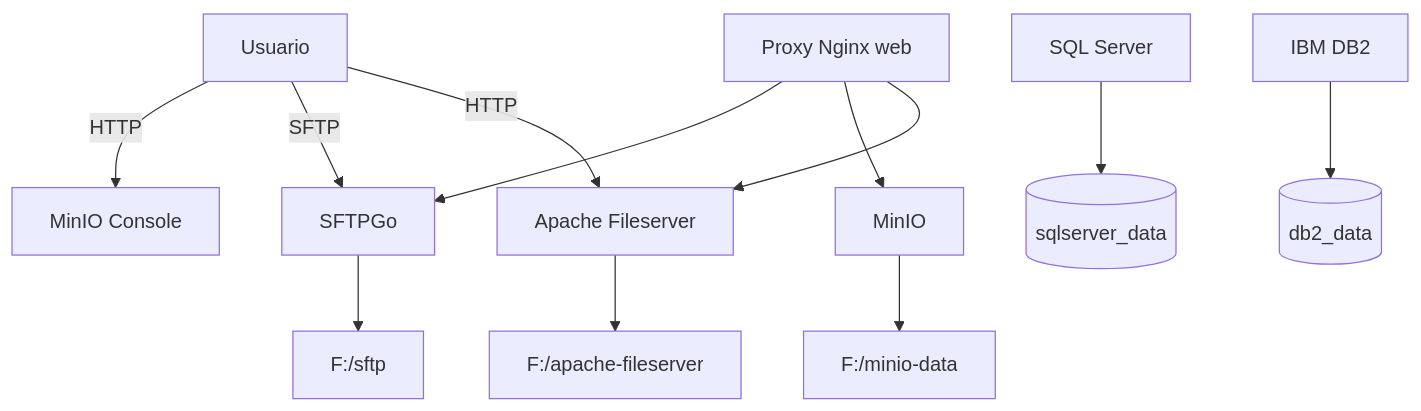
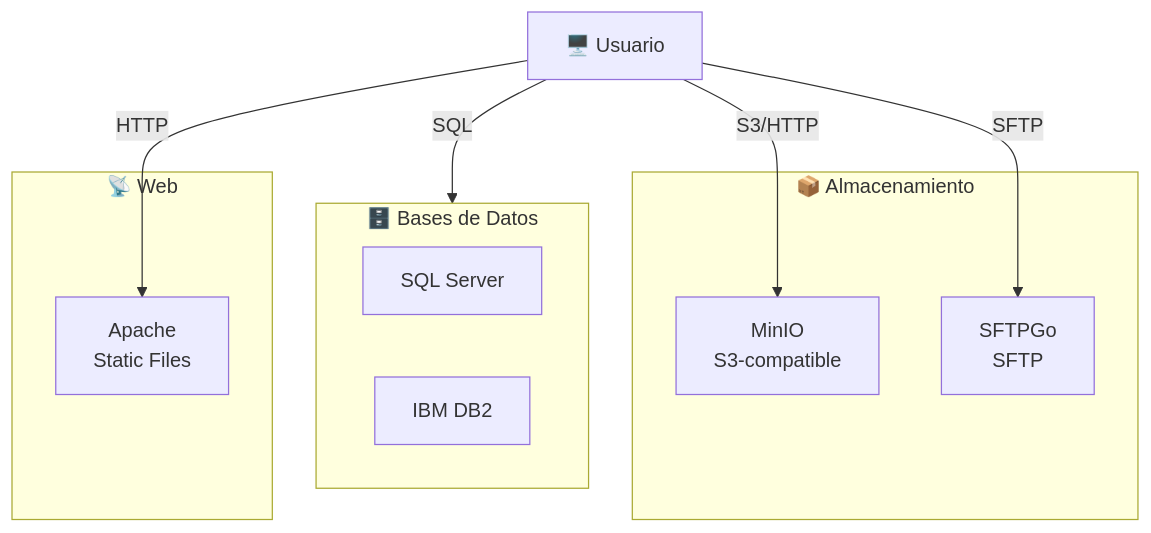
Before and after one commit to Kriathos/docker-stacks: the diagram in storage/README.md, drawn with Mermaid. The commit also changed other lines of this file and 7 other files, not shown here.

````diff
--- a/storage/README.md
+++ b/storage/README.md
@@ -15,14 +183,23 @@
 ```mermaid
-flowchart TD
-  Browser[Usuario] -->|HTTP| Apache[Apache Fileserver]
-  Browser -->|SFTP| SFTPGo[SFTPGo]
-  Browser -->|HTTP| MinIOConsole[MinIO Console]
-  SQLServer[SQL Server] --> sqlserver_data[(sqlserver_data)]
-  DB2[IBM DB2] --> db2_data[(db2_data)]
-  SFTPGo --> Folders[F:/sftp]
-  MinIO --> MinioData[F:/minio-data]
-  Apache --> WebFiles[F:/apache-fileserver]
-  Proxy[Proxy Nginx web] --> Apache
-  Proxy --> MinIO
-  Proxy --> SFTPGo
+flowchart TB
+  User[🖥️ Usuario]
+  
+  subgraph BD["🗄️ Bases de Datos"]
+    SQL[SQL Server]
+    DB2["IBM DB2"]
+  end
+  
+  subgraph Storage["📦 Almacenamiento"]
+    MinIO["MinIO<br/>S3-compatible"]
+    SFTP["SFTPGo<br/>SFTP"]
+  end
+  
+  subgraph Web["📡 Web"]
+    Apache["Apache<br/>Static Files"]
+  end
+  
+  User -->|SQL| BD
+  User -->|S3/HTTP| MinIO
+  User -->|SFTP| SFTP
+  User -->|HTTP| Apache
 ```
````
